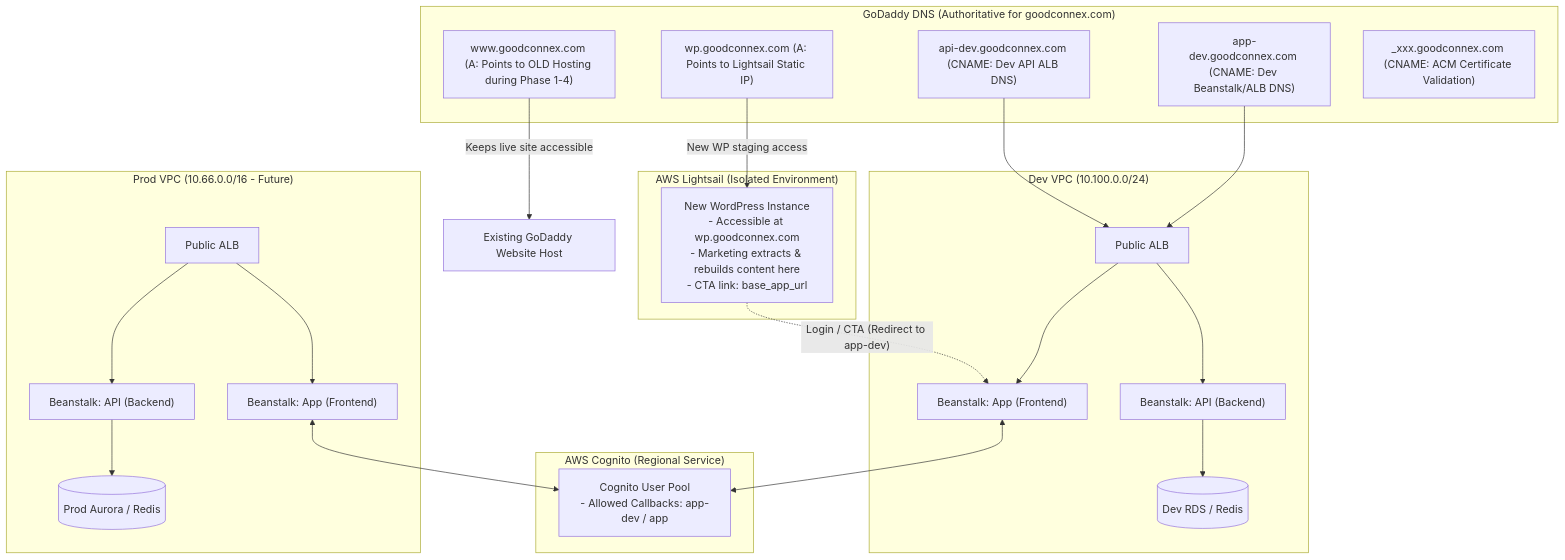
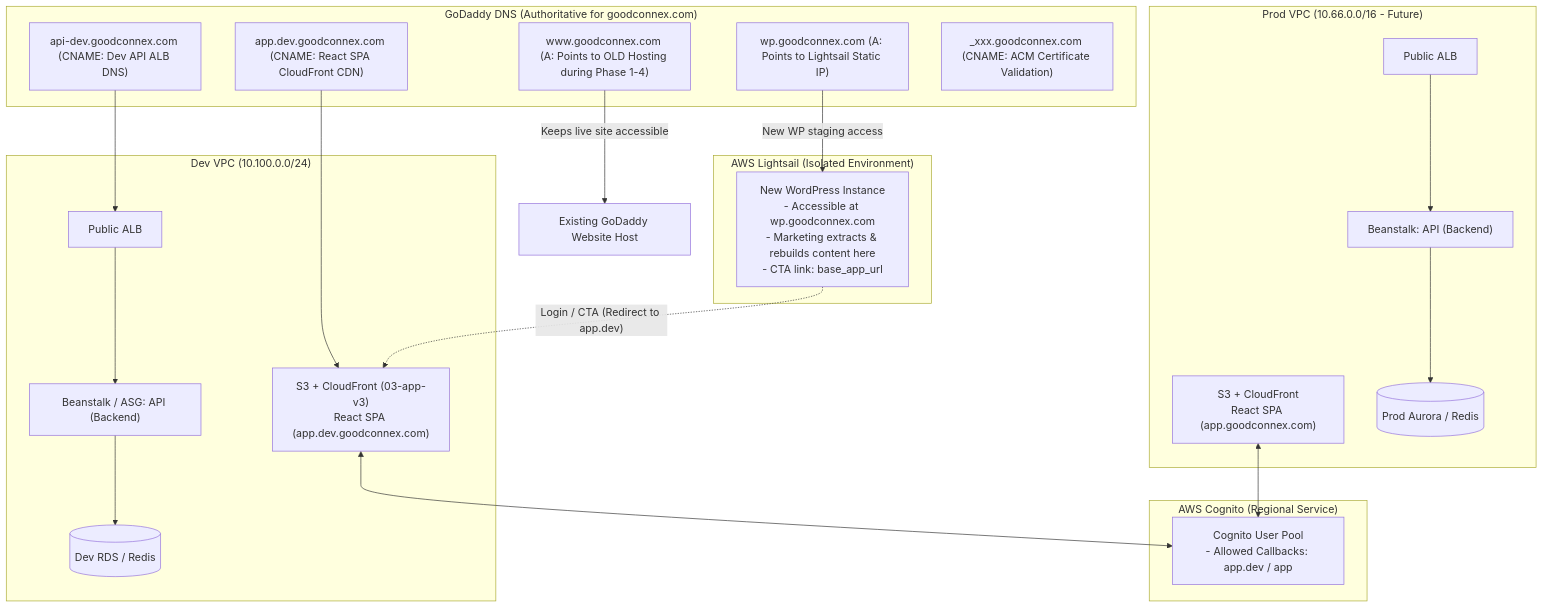
One commit to pwang009/gc-infra changed the diagram in README.WEB.md. Above: the diagram before and after it, drawn with Mermaid. The commit also changed other lines of this file and 12 other files, not shown here.

````diff
--- a/README.WEB.md
+++ b/README.WEB.md
@@ -9,49 +9,47 @@
 ```mermaid
 flowchart TB
     subgraph Registrar["GoDaddy DNS (Authoritative for goodconnex.com)"]
         GD_WWW["www.goodconnex.com (A: Points to OLD Hosting during Phase 1-4)"]
         GD_WP["wp.goodconnex.com (A: Points to Lightsail Static IP)"]
-        GD_APP_DEV["app-dev.goodconnex.com (CNAME: Dev Beanstalk/ALB DNS)"]
+        GD_APP_DEV["app.dev.goodconnex.com (CNAME: React SPA CloudFront CDN)"]
         GD_API_DEV["api-dev.goodconnex.com (CNAME: Dev API ALB DNS)"]
         GD_ACM["_xxx.goodconnex.com (CNAME: ACM Certificate Validation)"]
     end
 
     subgraph Lightsail["AWS Lightsail (Isolated Environment)"]
         WP["New WordPress Instance<br/>- Accessible at wp.goodconnex.com<br/>- Marketing extracts & rebuilds content here<br/>- CTA link: base_app_url"]
     end
 
     subgraph Auth["AWS Cognito (Regional Service)"]
-        COG["Cognito User Pool<br/>- Allowed Callbacks: app-dev / app"]
+        COG["Cognito User Pool<br/>- Allowed Callbacks: app.dev / app"]
     end
 
     subgraph DevVPC["Dev VPC (10.100.0.0/24)"]
         ALB_DEV["Public ALB"]
-        EBS_APP_DEV["Beanstalk: App (Frontend)"]
-        EBS_API_DEV["Beanstalk: API (Backend)"]
+        S3_CF_DEV["S3 + CloudFront (03-app-v3)<br/>React SPA (app.dev.goodconnex.com)"]
+        EBS_API_DEV["Beanstalk / ASG: API (Backend)"]
         RDS_DEV[("Dev RDS / Redis")]
         
-        ALB_DEV --> EBS_APP_DEV
         ALB_DEV --> EBS_API_DEV
         EBS_API_DEV --> RDS_DEV
     end
 
     subgraph ProdVPC["Prod VPC (10.66.0.0/16 - Future)"]
         ALB_PROD["Public ALB"]
-        EBS_APP_PROD["Beanstalk: App (Frontend)"]
+        S3_CF_PROD["S3 + CloudFront<br/>React SPA (app.goodconnex.com)"]
         EBS_API_PROD["Beanstalk: API (Backend)"]
         RDS_PROD[("Prod Aurora / Redis")]
 
-        ALB_PROD --> EBS_APP_PROD
         ALB_PROD --> EBS_API_PROD
         EBS_API_PROD --> RDS_PROD
     end
 
     GD_WWW -->|"Keeps live site accessible"| OLD_HOST["Existing GoDaddy Website Host"]
     GD_WP -->|"New WP staging access"| WP
-    GD_APP_DEV --> ALB_DEV
+    GD_APP_DEV --> S3_CF_DEV
     GD_API_DEV --> ALB_DEV
 
-    WP -.->|"Login / CTA (Redirect to app-dev)"| EBS_APP_DEV
-    EBS_APP_DEV <--> COG
-    EBS_APP_PROD <--> COG
+    WP -.->|"Login / CTA (Redirect to app.dev)"| S3_CF_DEV
+    S3_CF_DEV <--> COG
+    S3_CF_PROD <--> COG
 ```
````
